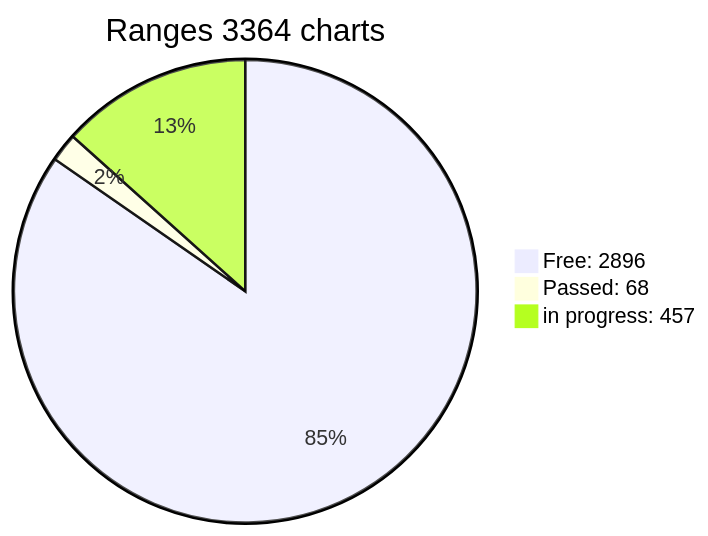
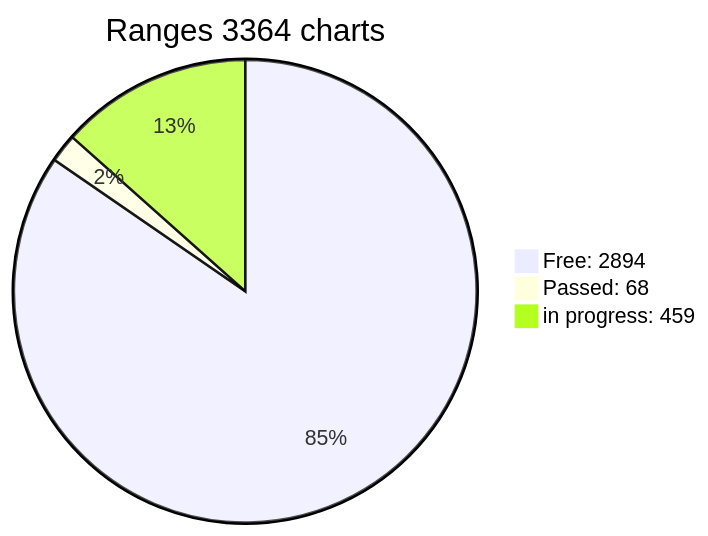
The diagram in x64/Release/table.md (phrutis/wif500), drawn with Mermaid before and after one commit. The commit also changed other lines of this file, not shown here.

````diff
--- a/x64/Release/table.md
+++ b/x64/Release/table.md
@@ -3,6 +3,6 @@
 ```mermaid
 pie title Ranges 3364 charts
-"Free: 2896" : 2896
+"Free: 2894" : 2894
 "Passed: 68" : 68
-"in progress: 457" : 457
+"in progress: 459" : 459
 ``` 
````
